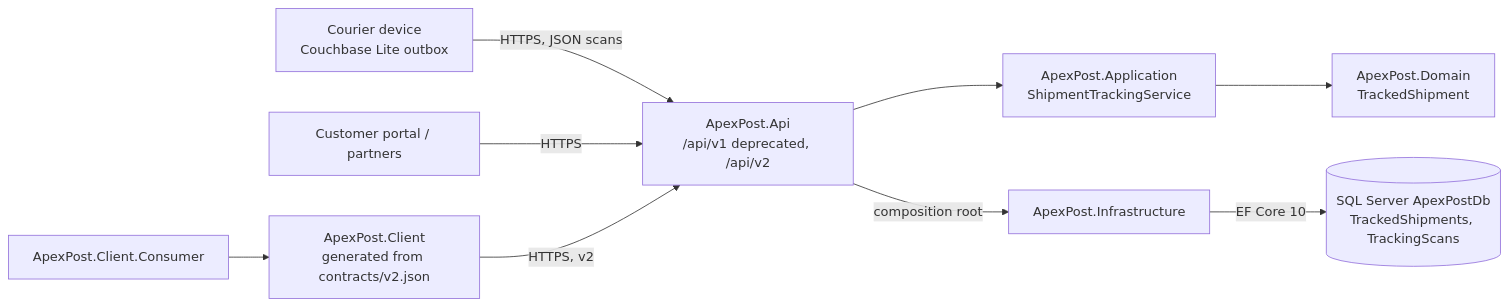
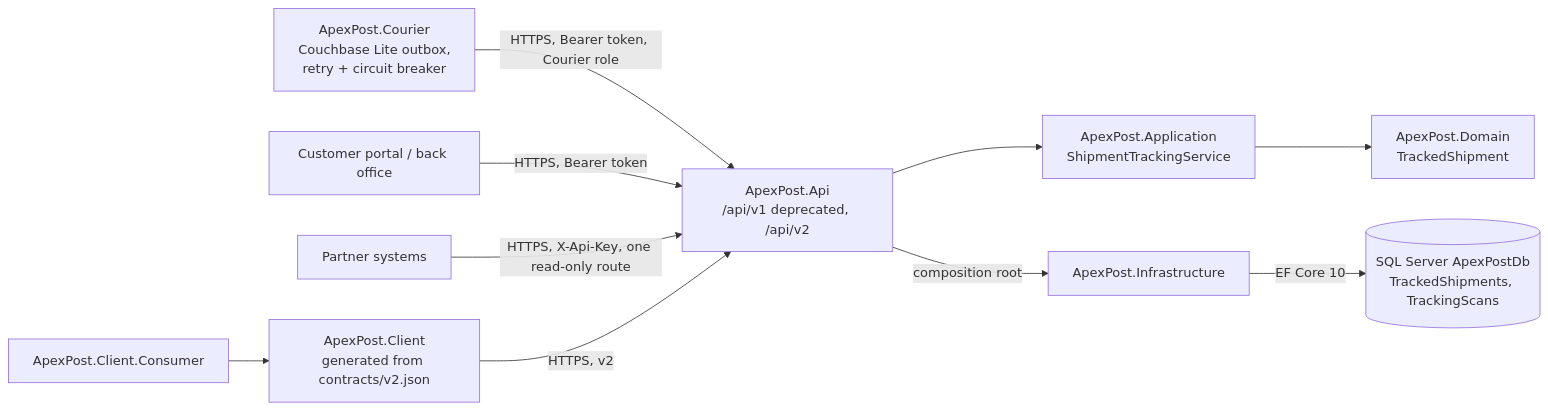
Before and after one commit to NarendraDappili/ApexPostLogisticsRepo: the second of 2 diagrams in docs/architecture/README.md, drawn with Mermaid. The commit also changed other lines of this file and 14 other files, not shown here.

Commit message:
Finish Part D: courier app counts only networks with a gateway and Sync Now waits for one, ADRs 0029-0031, architecture and testing docs for Part D, demo video script

````diff
--- a/docs/architecture/README.md
+++ b/docs/architecture/README.md
@@ -40,11 +43,12 @@
 ```mermaid
 flowchart LR
-    Device[Courier device<br/>Couchbase Lite outbox] -->|HTTPS, JSON scans| Api[ApexPost.Api<br/>/api/v1 deprecated, /api/v2]
-    Portal[Customer portal / partners] -->|HTTPS| Api
+    Device[ApexPost.Courier<br/>Couchbase Lite outbox,<br/>retry + circuit breaker] -->|HTTPS, Bearer token, Courier role| Api[ApexPost.Api<br/>/api/v1 deprecated, /api/v2]
+    Portal[Customer portal / back office] -->|HTTPS, Bearer token| Api
+    Partner[Partner systems] -->|HTTPS, X-Api-Key, one read-only route| Api
     Client[ApexPost.Client<br/>generated from contracts/v2.json] -->|HTTPS, v2| Api
     Consumer[ApexPost.Client.Consumer] --> Client
     Api --> App[ApexPost.Application<br/>ShipmentTrackingService]
     App --> Domain[ApexPost.Domain<br/>TrackedShipment]
     Api -->|composition root| Infra[ApexPost.Infrastructure]
     Infra -->|EF Core 10| Sql[(SQL Server ApexPostDb<br/>TrackedShipments, TrackingScans)]
 ```
````
